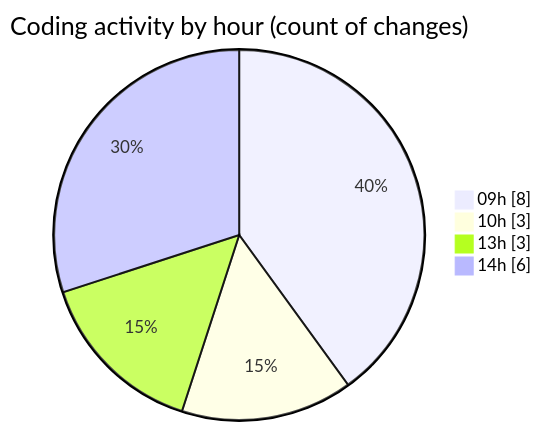
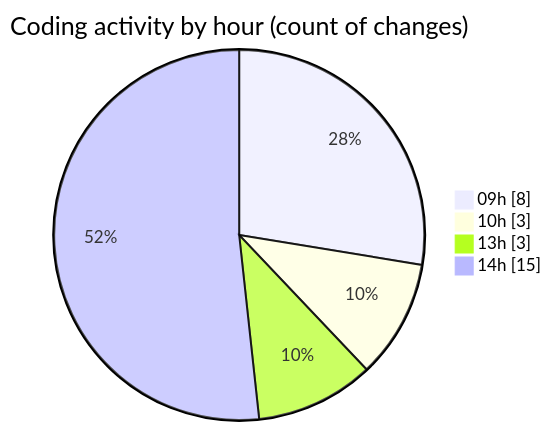
Before and after one commit to momahboobian/code-tracking: the second of 2 diagrams in 2026-04-09/cda/README.md, drawn with Mermaid. The commit also changed other lines of this file and 1 other file, not shown here.

````diff
--- a/2026-04-09/cda/README.md
+++ b/2026-04-09/cda/README.md
@@ -40,8 +42,8 @@
 ```mermaid
 pie showData
 title Coding activity by hour (count of changes)
 "09h" : 8
 "10h" : 3
 "13h" : 3
-"14h" : 6
+"14h" : 15
 ```
````
